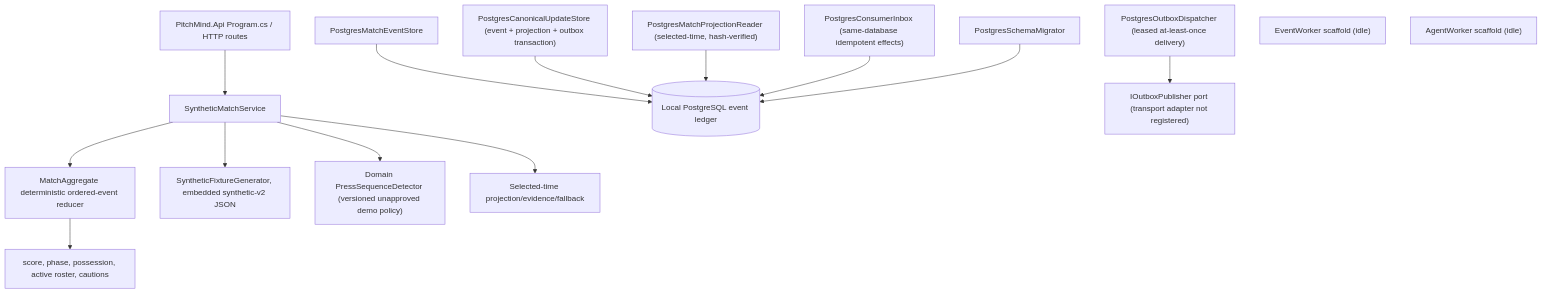
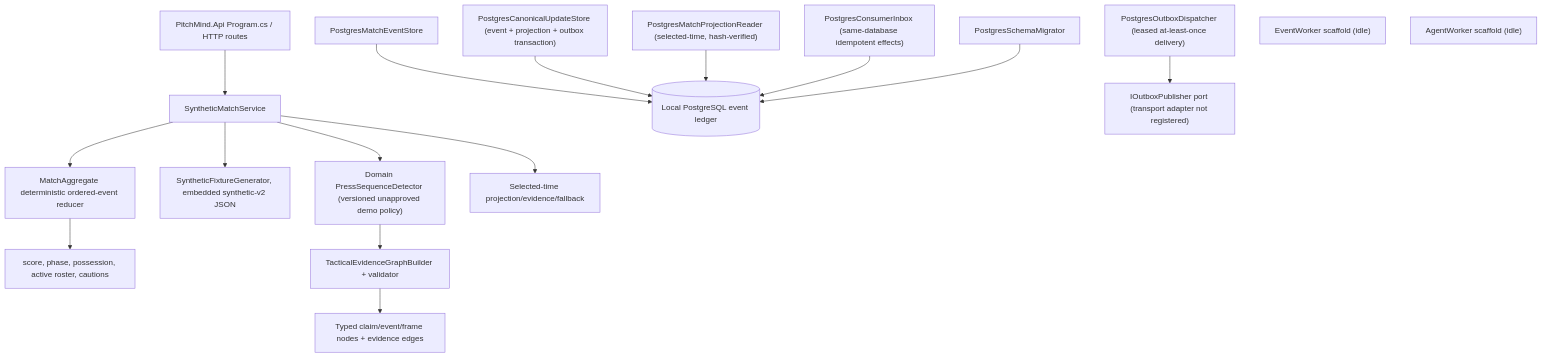
One commit to prateekgangopadhyay/PitchMind changed the first of 2 diagrams in docs/architecture/03-components.md. Above: the diagram before and after it, drawn with Mermaid. The commit also changed other lines of this file and 12 other files, not shown here.

Commit message:
feat(EP05-S04): add typed tactical evidence graph

````diff
--- a/docs/architecture/03-components.md
+++ b/docs/architecture/03-components.md
@@ -9,17 +9,19 @@
 ```mermaid
 flowchart TB
   API["PitchMind.Api Program.cs / HTTP routes"] --> Match["SyntheticMatchService"]
   Match --> Aggregate["MatchAggregate deterministic ordered-event reducer"]
   Aggregate --> State["score, phase, possession, active roster, cautions"]
   Match --> Fixture["SyntheticFixtureGenerator, embedded synthetic-v2 JSON"]
   Match --> Press["Domain PressSequenceDetector (versioned unapproved demo policy)"]
+  Press --> Graph["TacticalEvidenceGraphBuilder + validator"]
+  Graph --> Insight["Typed claim/event/frame nodes + evidence edges"]
   Match --> Replay["Selected-time projection/evidence/fallback"]
   Ledger["PostgresMatchEventStore"] --> DB[("Local PostgreSQL event ledger")]
   CanonicalWrite["PostgresCanonicalUpdateStore (event + projection + outbox transaction)"] --> DB
   ProjectionReader["PostgresMatchProjectionReader (selected-time, hash-verified)"] --> DB
   Dispatcher["PostgresOutboxDispatcher (leased at-least-once delivery)"] --> Publisher["IOutboxPublisher port (transport adapter not registered)"]
   Inbox["PostgresConsumerInbox (same-database idempotent effects)"] --> DB
   Migrator["PostgresSchemaMigrator"] --> DB
   EventWorker["EventWorker scaffold (idle)"]
   AgentWorker["AgentWorker scaffold (idle)"]
 ```
````
